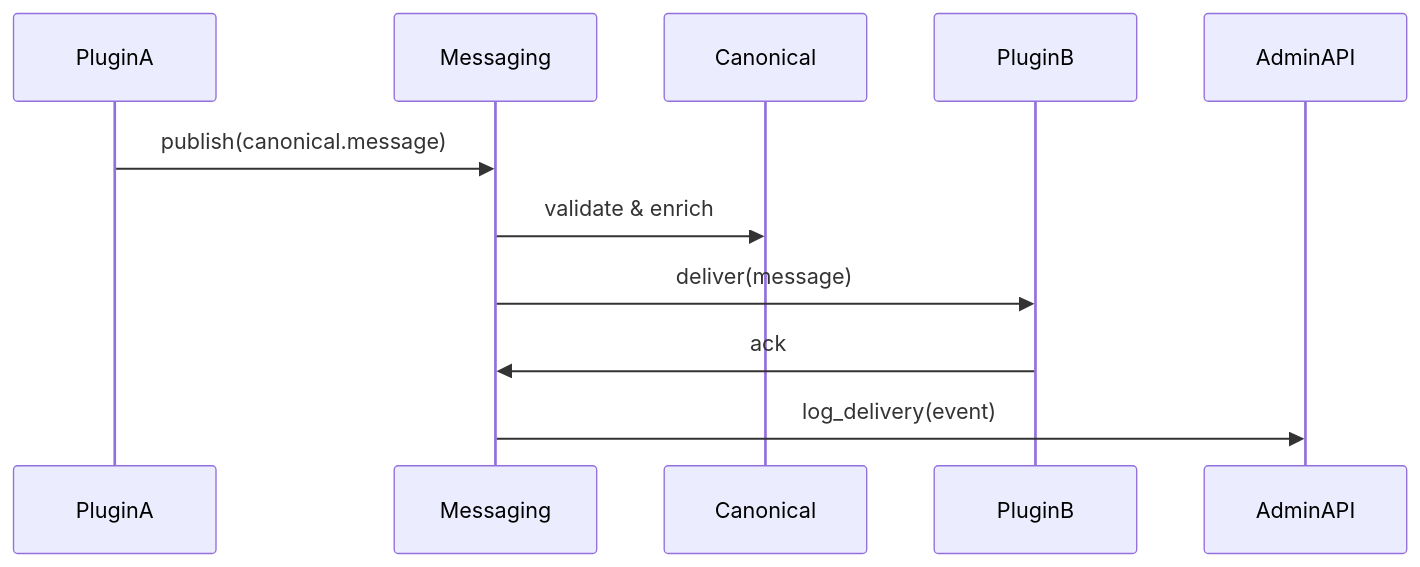
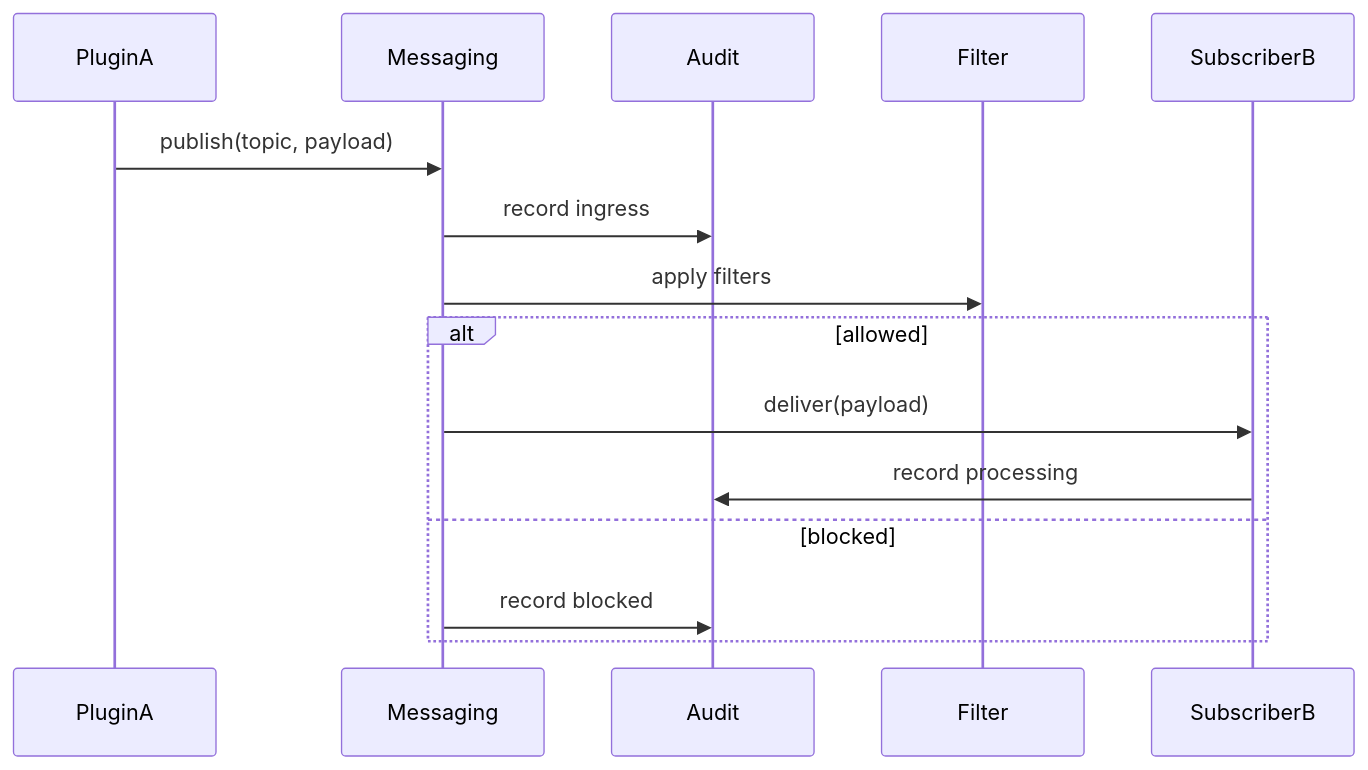
One commit to DMontgomery40/vivified changed the diagram in docs/docs/core/messaging.md. Above: the diagram before and after it, drawn with Mermaid. The commit also changed other lines of this file and 12 other files, not shown here.

````diff
--- a/docs/docs/core/messaging.md
+++ b/docs/docs/core/messaging.md
@@ -21,8 +67,12 @@
 ```mermaid
 sequenceDiagram
-  PluginA->>Messaging: publish(canonical.message)
-  Messaging->>Canonical: validate & enrich
-  Messaging->>PluginB: deliver(message)
-  PluginB->>Messaging: ack
-  Messaging->>AdminAPI: log_delivery(event)
+  PluginA->>Messaging: publish(topic, payload)
+  Messaging->>Audit: record ingress
+  Messaging->>Filter: apply filters
+  alt allowed
+    Messaging->>SubscriberB: deliver(payload)
+    SubscriberB->>Audit: record processing
+  else blocked
+    Messaging->>Audit: record blocked
+  end
 ```
````
